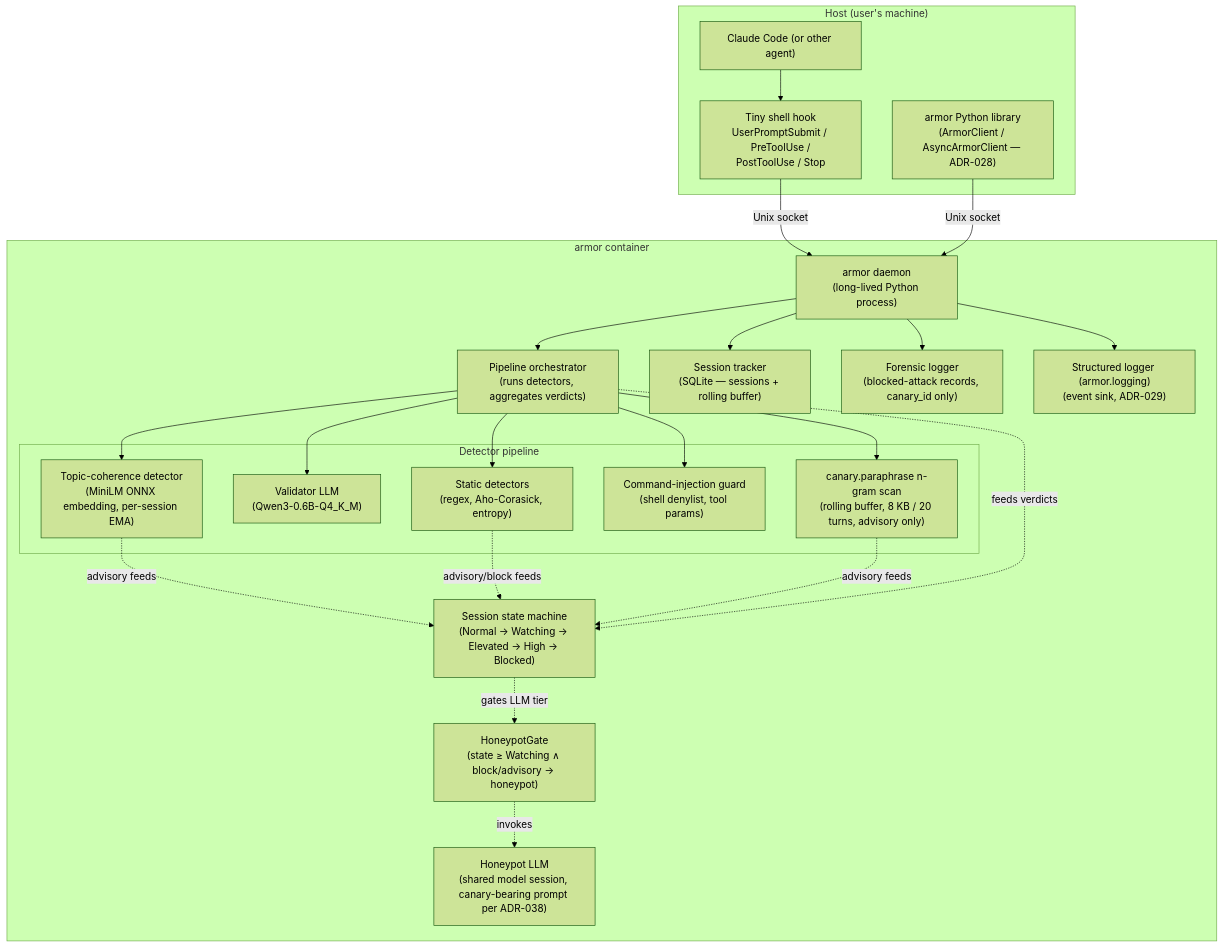
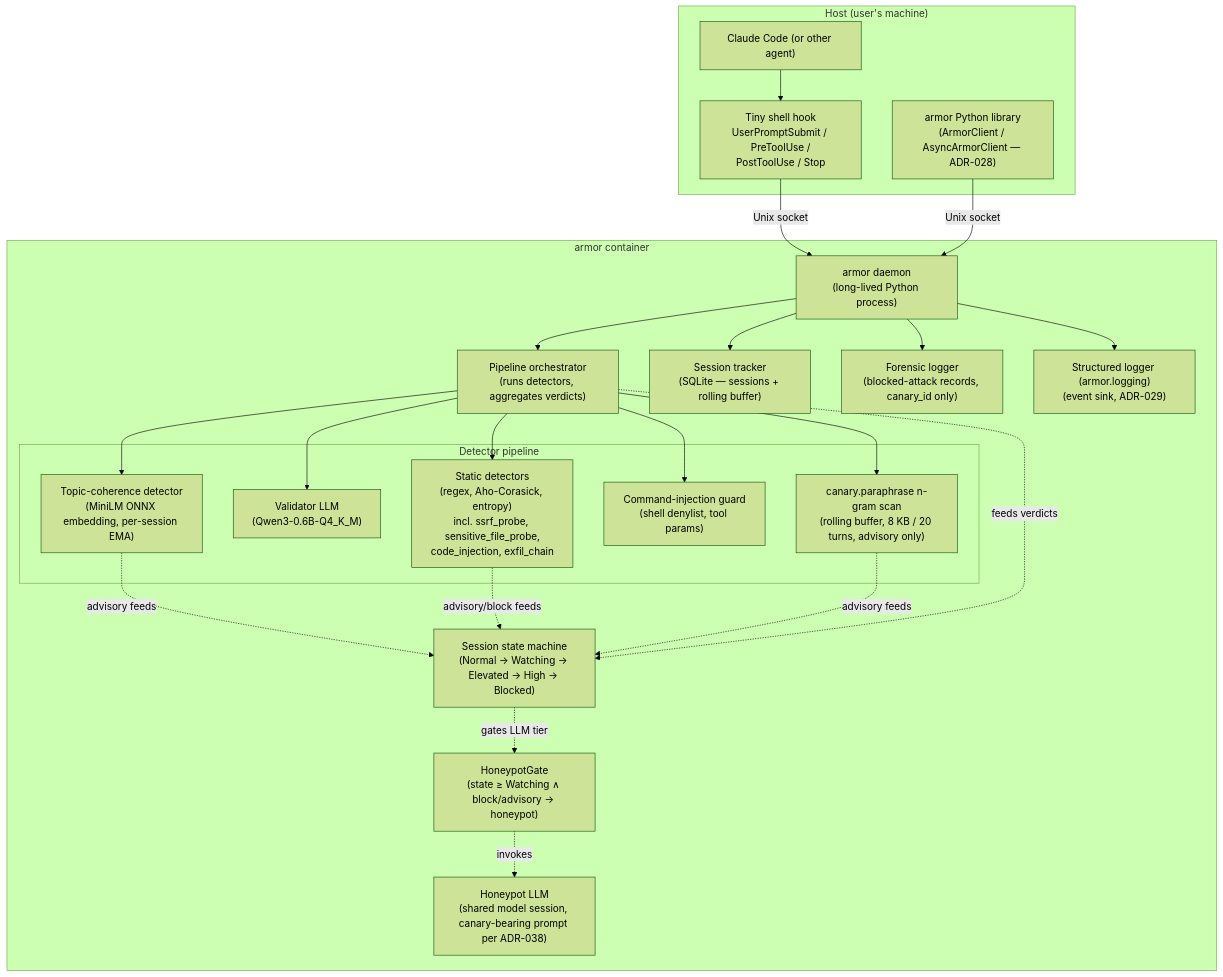
One commit to tkdtaylor/armor changed the second of 9 diagrams in docs/architecture/diagrams.md. Above: the diagram before and after it, drawn with Mermaid (forest theme). The commit also changed other lines of this file and 6 other files, not shown here.

````diff
--- a/docs/architecture/diagrams.md
+++ b/docs/architecture/diagrams.md
@@ -60,49 +60,49 @@
 ```mermaid
 flowchart TB
     subgraph Host["Host (user's machine)"]
         CC["Claude Code (or other agent)"]
         Hook["Tiny shell hook<br/>UserPromptSubmit / PreToolUse /<br/>PostToolUse / Stop"]
         Lib["armor Python library<br/>(ArmorClient / AsyncArmorClient — ADR-028)"]
     end
 
     subgraph Container["armor container"]
         Daemon["armor daemon<br/>(long-lived Python process)"]
 
         PipelineOrch["Pipeline orchestrator<br/>(runs detectors, aggregates verdicts)"]
 
         subgraph Detectors["Detector pipeline"]
-            Static["Static detectors<br/>(regex, Aho-Corasick, entropy)"]
+            Static["Static detectors<br/>(regex, Aho-Corasick, entropy)<br/>incl. ssrf_probe, sensitive_file_probe,<br/>code_injection, exfil_chain"]
             Validator["Validator LLM<br/>(Qwen3-0.6B-Q4_K_M)"]
             Topic["Topic-coherence detector<br/>(MiniLM ONNX embedding, per-session EMA)"]
             CmdGuard["Command-injection guard<br/>(shell denylist, tool params)"]
             Rolling["canary.paraphrase n-gram scan<br/>(rolling buffer, 8 KB / 20 turns, advisory only)"]
         end
 
         HoneypotGate["HoneypotGate<br/>(state ≥ Watching ∧ block/advisory → honeypot)"]
 
         FSM["Session state machine<br/>(Normal → Watching → Elevated → High → Blocked)"]
         Session["Session tracker<br/>(SQLite — sessions + rolling buffer)"]
         Forensic["Forensic logger<br/>(blocked-attack records, canary_id only)"]
         Honeypot["Honeypot LLM<br/>(shared model session, canary-bearing prompt per ADR-038)"]
         Logger["Structured logger (armor.logging)<br/>(event sink, ADR-029)"]
     end
 
     CC --> Hook
     Hook -->|Unix socket| Daemon
     Lib -->|Unix socket| Daemon
     Daemon --> PipelineOrch
     PipelineOrch --> Static
     PipelineOrch --> Validator
     PipelineOrch --> Topic
     PipelineOrch --> CmdGuard
     PipelineOrch --> Rolling
     HoneypotGate -.invokes.-> Honeypot
     Topic -.advisory feeds.-> FSM
     Static -.advisory/block feeds.-> FSM
     Rolling -.advisory feeds.-> FSM
     FSM -.gates LLM tier.-> HoneypotGate
     Daemon --> Session
     Daemon --> Forensic
     Daemon --> Logger
     PipelineOrch -.feeds verdicts.-> FSM
 ```
````
